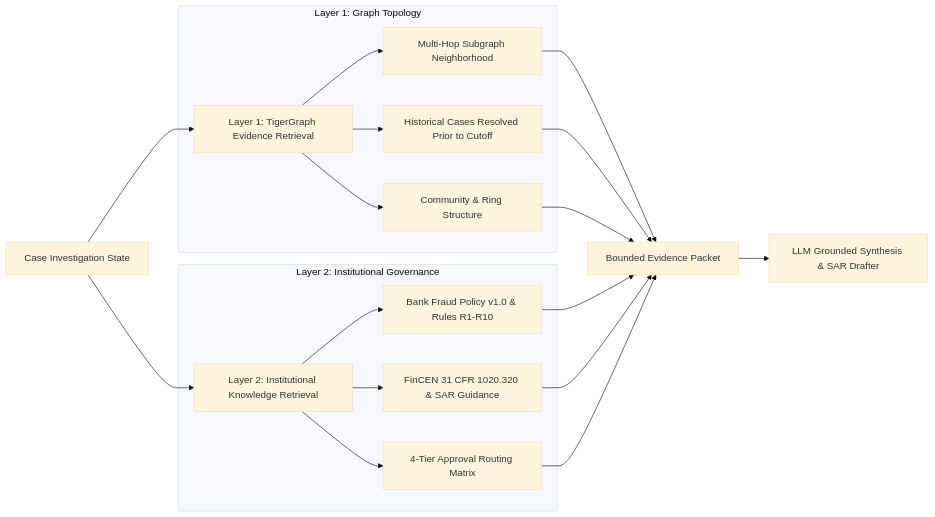
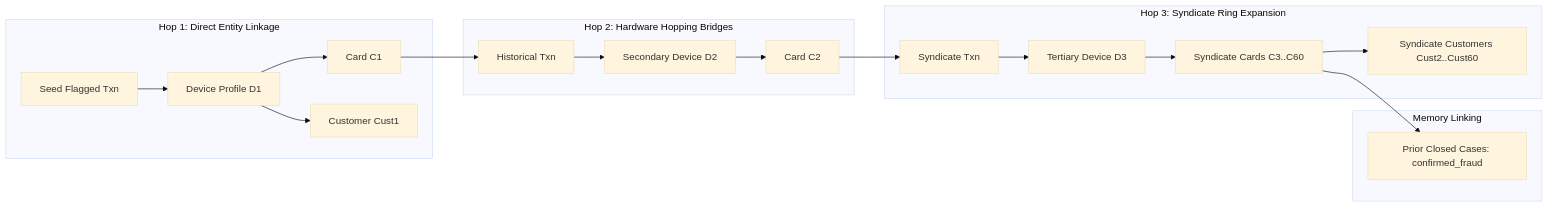
One commit to HIMpcgithub3000/TigerSentinel-Agentic-Fraud-Investigation changed the second of 2 diagrams in handbook.md. Above: the diagram before and after it, drawn with Mermaid (base theme). The commit also changed other lines of this file and 29 other files, not shown here.

Commit message:
feat(hardening): implement deep multi-hop graph traversal, parallel retrieval plane, tool governance, and circuit breakers per Builder AI specification

````diff
--- a/handbook.md
+++ b/handbook.md
@@ -161,20 +144,25 @@
 ```mermaid
 flowchart LR
-    Inv[Case Investigation State] --> RAG1[Layer 1: TigerGraph Evidence Retrieval]
-    Inv --> RAG2[Layer 2: Institutional Knowledge Retrieval]
-
-    subgraph Layer 1: Graph Topology
-        RAG1 --> TG_Sub[Multi-Hop Subgraph Neighborhood]
-        RAG1 --> TG_Hist[Historical Cases Resolved Prior to Cutoff]
-        RAG1 --> TG_Alg[Community & Ring Structure]
+    subgraph Hop 1: Direct Entity Linkage
+        SeedTxn[Seed Flagged Txn] --> SeedDev[Device Profile D1]
+        SeedDev --> Card1[Card C1]
+        SeedDev --> Cust1[Customer Cust1]
     end
 
-    subgraph Layer 2: Institutional Governance
-        RAG2 --> Pol_Doc[Bank Fraud Policy v1.0 & Rules R1-R10]
-        RAG2 --> Reg_Doc[FinCEN 31 CFR 1020.320 & SAR Guidance]
-        RAG2 --> App_Doc[4-Tier Approval Routing Matrix]
+    subgraph Hop 2: Hardware Hopping Bridges
+        Card1 --> SecTxn[Historical Txn]
+        SecTxn --> SecDev[Secondary Device D2]
+        SecDev --> Card2[Card C2]
     end
 
-    TG_Sub & TG_Hist & TG_Alg & Pol_Doc & Reg_Doc & App_Doc --> Packet[Bounded Evidence Packet]
-    Packet --> LLM[LLM Grounded Synthesis & SAR Drafter]
+    subgraph Hop 3: Syndicate Ring Expansion
+        Card2 --> TertTxn[Syndicate Txn]
+        TertTxn --> TertDev[Tertiary Device D3]
+        TertDev --> CardN[Syndicate Cards C3..C60]
+        CardN --> CustN[Syndicate Customers Cust2..Cust60]
+    end
+
+    subgraph Memory Linking
+        CardN --> ClosedFraud[Prior Closed Cases: confirmed_fraud]
+    end
 ```
````
